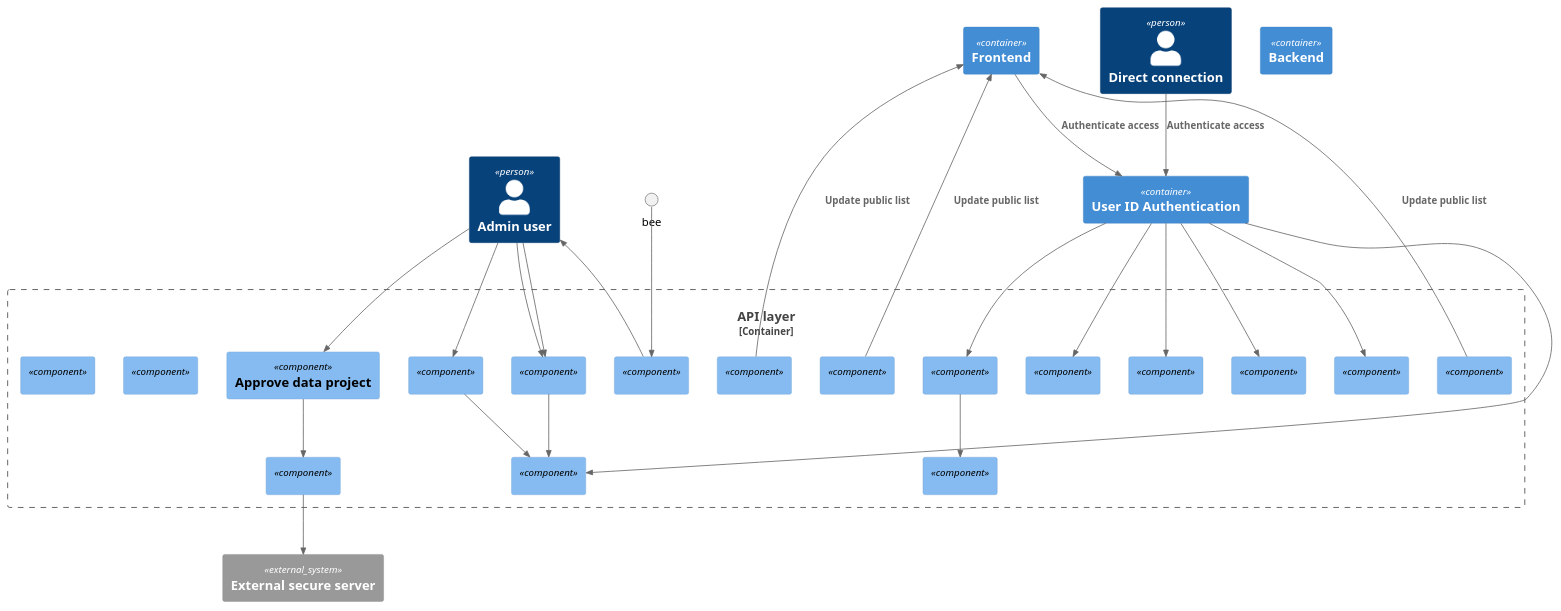
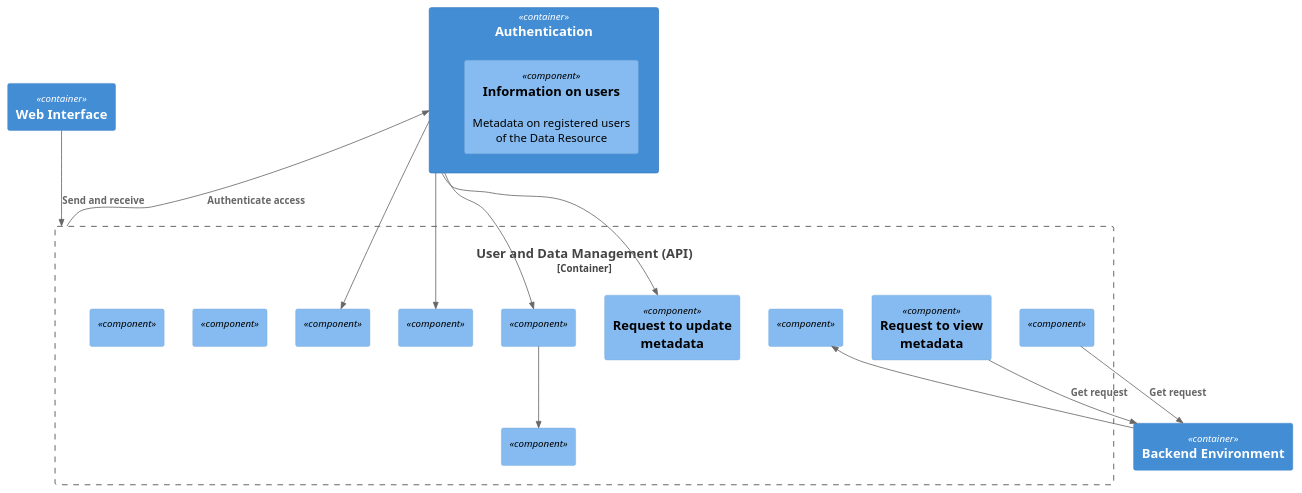
The diagram in docs/design/images/component-api-and-auth.puml (signekb/seedcase-sprout), drawn with PlantUML before and after one commit.

Commit message:
refactor: :construction: Incompletely update/expand on the C4 component for API
Related to #8

```diff
--- a/docs/design/images/component-api-and-auth.puml
+++ b/docs/design/images/component-api-and-auth.puml
@@ -1,66 +1,50 @@
 @startuml component-api-and-auth
-' C4 Component diagram for the API and Authentication modules
 !include https://raw.githubusercontent.com/plantuml-stdlib/C4-PlantUML/master/C4_Component.puml
 
-Person(direct_access, "Direct connection")
-Person(admin, "Admin user")
-Container(frontend, "Frontend")
-Container(backend, "Backend")
-Container(uia, "User ID Authentication")
-System_Ext(external_server, "External secure server")
+' C4 Component diagram for the API and Authentication modules
 
-Container_Boundary(api, "API layer") {
-  ' Data projects
-  Component(post_update_project, "", $descr="")
-  Component(approve_project, "Approve data project", $descr="")
-  Component(get_projects, "", $descr="")
+Container(auth, "Authentication") {
+  Component(user_info, "Information on users", $descr="Metadata on registered users of the Data Resource")
+}
+Container(ui, "Web Interface")
+Container(bee, "Backend Environment")
 
+Container_Boundary(management, "User and Data Management (API)") {
   ' Variable metadata
-  Component(get_metadata, "", $descr="")
-  Component(post_update_metadata, "", $descr="")
+  Component(get_metadata, "Request to view metadata", $descr="")
+  Component(post_update_metadata, "Request to update metadata", $descr="")
 
-  Component(post_update_user, "", $descr="")
-  Component(approve_user, "", $descr="")
-  Component(assign_user_roles, "", $descr="")
-
+  ' Data changelog
   Component(get_changelog, "", $descr="")
   Component(post_update_changelog, "", $descr="")
 
+  ' Upload data
   Component(post_update_data_to_db, "", $descr="")
   Component(post_update_data_raw, "", $descr="")
   Component(process_data_raw_to_db, "", $descr="")
   Component(get_data, "", $descr="")
-  Component(send_data, "", $descr="")
 
-  Component(qc_general, "", $descr="")
-  Component(qc_plugins, "", $descr="")
+  ' Admin and data management
+  Component(create_db_table, "", $descr="")
+  Component(post_db_table, "", $descr="")
+
+  ' Quality Control
+  'Component(qc_general, "", $descr="")
+  'Component(qc_plugins, "", $descr="")
 }
 
-Rel(direct_access, uia, "Authenticate access")
-Rel(frontend, uia, "Authenticate access")
+Rel(management, auth, "Authenticate access")
+Rel(ui, management, "Send and receive")
 
-Rel(get_projects, frontend, "Update public list")
-Rel(get_metadata, frontend, "Update public list")
-Rel(get_changelog, frontend, "Update public list")
+Rel(get_metadata, bee, "Get request")
+Rel(get_changelog, bee, "Get request")
 
-Rel(admin, approve_project, "")
-Rel(admin, approve_user, "")
-Rel(admin, assign_user_roles, "")
-Rel(uia, post_update_user, "")
-Rel(approve_user, post_update_user, "")
-Rel(assign_user_roles, post_update_user, "")
-Rel(admin, assign_user_roles, "")
 Rel(bee, get_data, "")
-Rel(get_data, admin, "")
 
-Rel(approve_project, send_data, "")
-Rel(send_data, external_server, "")
-
-Rel(uia, post_update_project, "")
-Rel(uia, post_update_metadata, "")
-Rel(uia, post_update_changelog, "")
-Rel(uia, post_update_data_to_db, "")
-Rel(uia, post_update_data_raw, "")
+Rel(auth, post_update_metadata, "")
+Rel(auth, post_update_changelog, "")
+Rel(auth, post_update_data_to_db, "")
+Rel(auth, post_update_data_raw, "")
 Rel(post_update_data_raw, process_data_raw_to_db, "")
 
 @enduml
```
